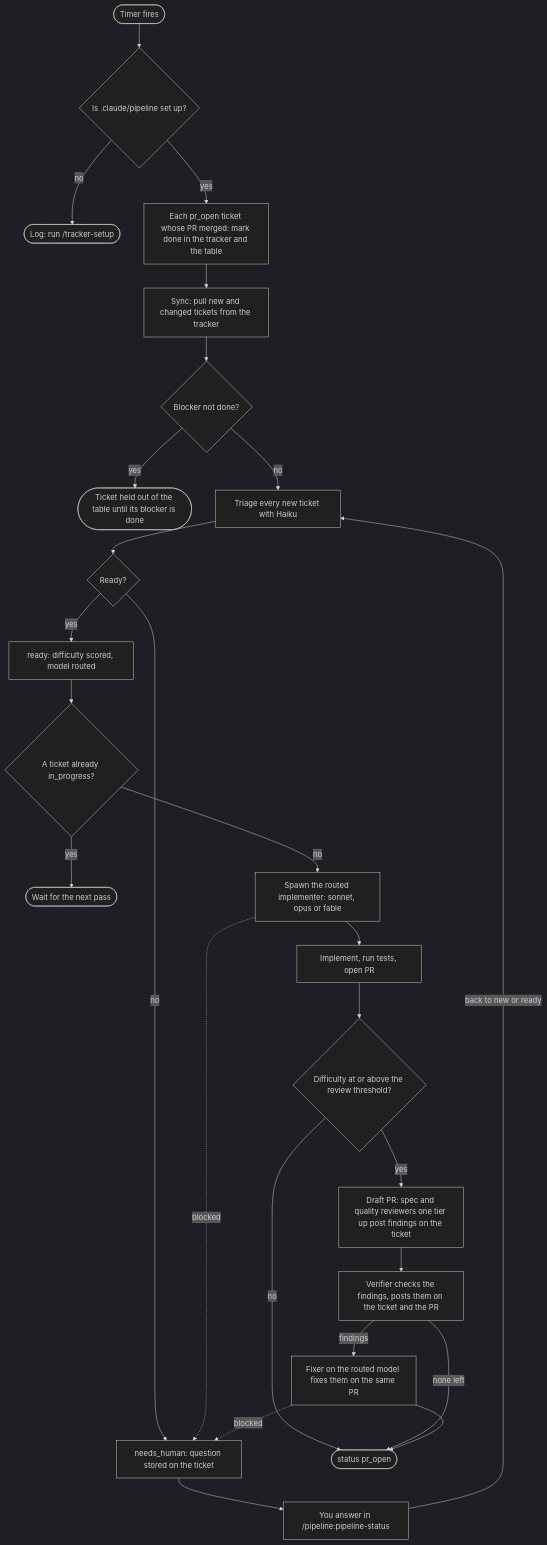
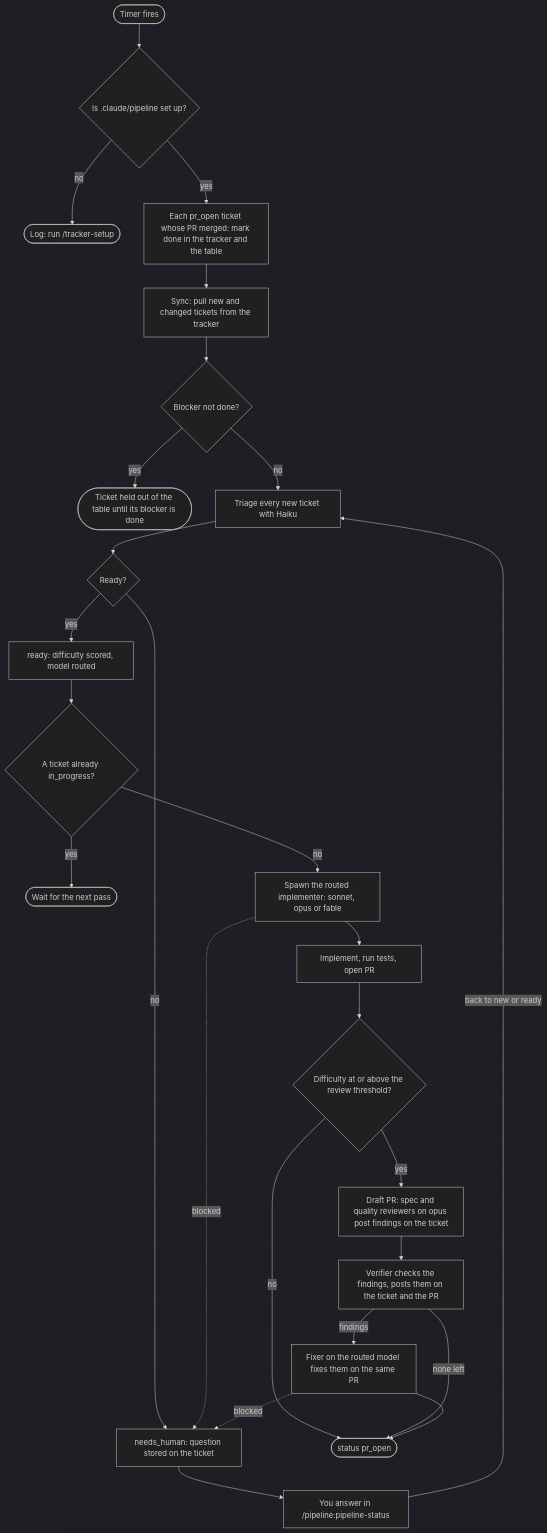
Before and after one commit to TheLazyLemur/pipeline-plugin: the diagram in README.md, drawn with Mermaid (dark theme). The commit also changed 5 other files, not shown here.

Commit message:
feat[loop]: run reviewers and the verifier on opus, never fable (#28)

````diff
--- a/README.md
+++ b/README.md
@@ -40,28 +40,28 @@
 ```mermaid
 flowchart TD
     start([Timer fires]) --> setup{"Is .claude/pipeline set up?"}
     setup -- no --> stop(["Log: run /tracker-setup"])
     setup -- yes --> merged[Each pr_open ticket whose PR merged: mark done in the tracker and the table]
     merged --> sync[Sync: pull new and changed tickets from the tracker]
     sync --> held{Blocker not done?}
     held -- yes --> hold([Ticket held out of the table until its blocker is done])
     held -- no --> triage[Triage every new ticket with Haiku]
     triage --> verdict{Ready?}
     verdict -- no --> nh[needs_human: question stored on the ticket]
     verdict -- yes --> ready[ready: difficulty scored, model routed]
     ready --> busy{A ticket already in_progress?}
     busy -- yes --> wait([Wait for the next pass])
     busy -- no --> impl[Spawn the routed implementer: sonnet, opus or fable]
     impl --> pr[Implement, run tests, open PR]
     pr --> review{Difficulty at or above the review threshold?}
     review -- no --> open([status pr_open])
-    review -- yes --> reviewers[Draft PR: spec and quality reviewers one tier up post findings on the ticket]
+    review -- yes --> reviewers[Draft PR: spec and quality reviewers on opus post findings on the ticket]
     reviewers --> verifier[Verifier checks the findings, posts them on the ticket and the PR]
     verifier -- none left --> open
     verifier -- findings --> fixer[Fixer on the routed model fixes them on the same PR]
     fixer --> open
     impl -. blocked .-> nh
     fixer -. blocked .-> nh
     nh --> you[You answer in /pipeline:pipeline-status]
     you -- "back to new or ready" --> triage
 ```
````
